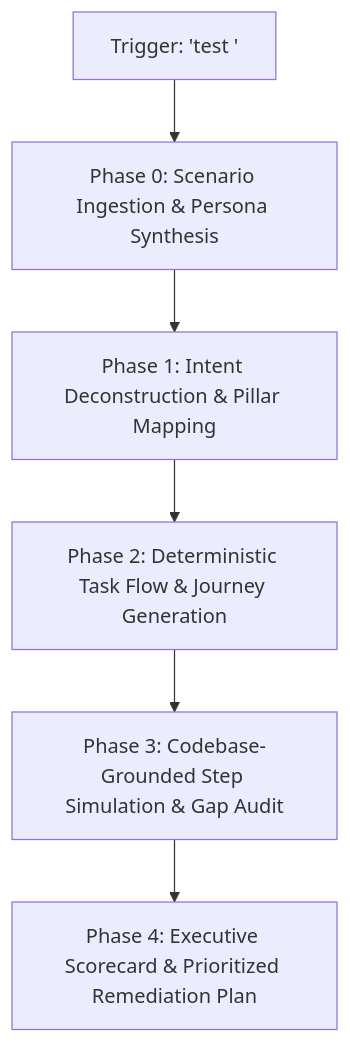
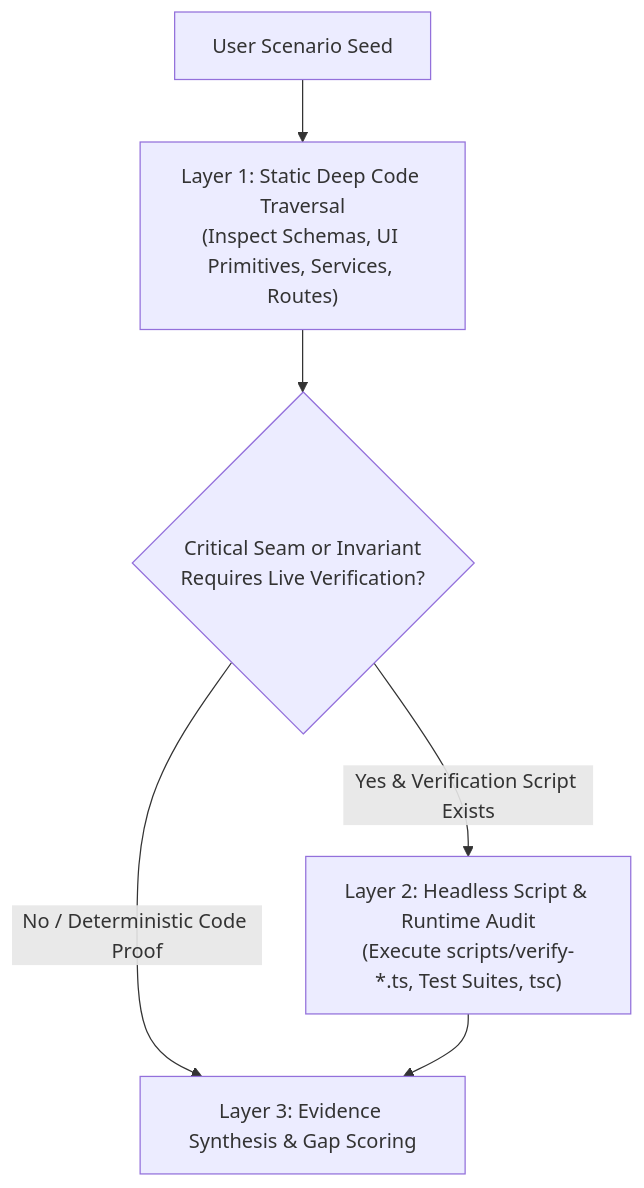
One commit to Delizade-Antigravity-Skills/scenario-probe changed the diagram in SKILL.md. Above: the diagram before and after it, drawn with Mermaid. The commit also changed other lines of this file, not shown here.

Commit message:
feat: add hybrid execution model (static code audit + runtime verification scripts)

````diff
--- a/SKILL.md
+++ b/SKILL.md
@@ -45,8 +47,8 @@
 ```mermaid
 flowchart TD
-    Input["Trigger: 'test <XXX>'"] --> Phase0["Phase 0: Scenario Ingestion & Persona Synthesis"]
-    Phase0 --> Phase1["Phase 1: Intent Deconstruction & Pillar Mapping"]
-    Phase1 --> Phase2["Phase 2: Deterministic Task Flow & Journey Generation"]
-    Phase2 --> Phase3["Phase 3: Codebase-Grounded Step Simulation & Gap Audit"]
-    Phase3 --> Phase4["Phase 4: Executive Scorecard & Prioritized Remediation Plan"]
+    Scenario["User Scenario Seed"] --> Layer1["Layer 1: Static Deep Code Traversal<br/>(Inspect Schemas, UI Primitives, Services, Routes)"]
+    Layer1 --> SeamCheck{"Critical Seam or Invariant<br/>Requires Live Verification?"}
+    SeamCheck -- "Yes & Verification Script Exists" --> Layer2["Layer 2: Headless Script & Runtime Audit<br/>(Execute scripts/verify-*.ts, Test Suites, tsc)"]
+    SeamCheck -- "No / Deterministic Code Proof" --> Synthesize["Layer 3: Evidence Synthesis & Gap Scoring"]
+    Layer2 --> Synthesize
 ```
````
